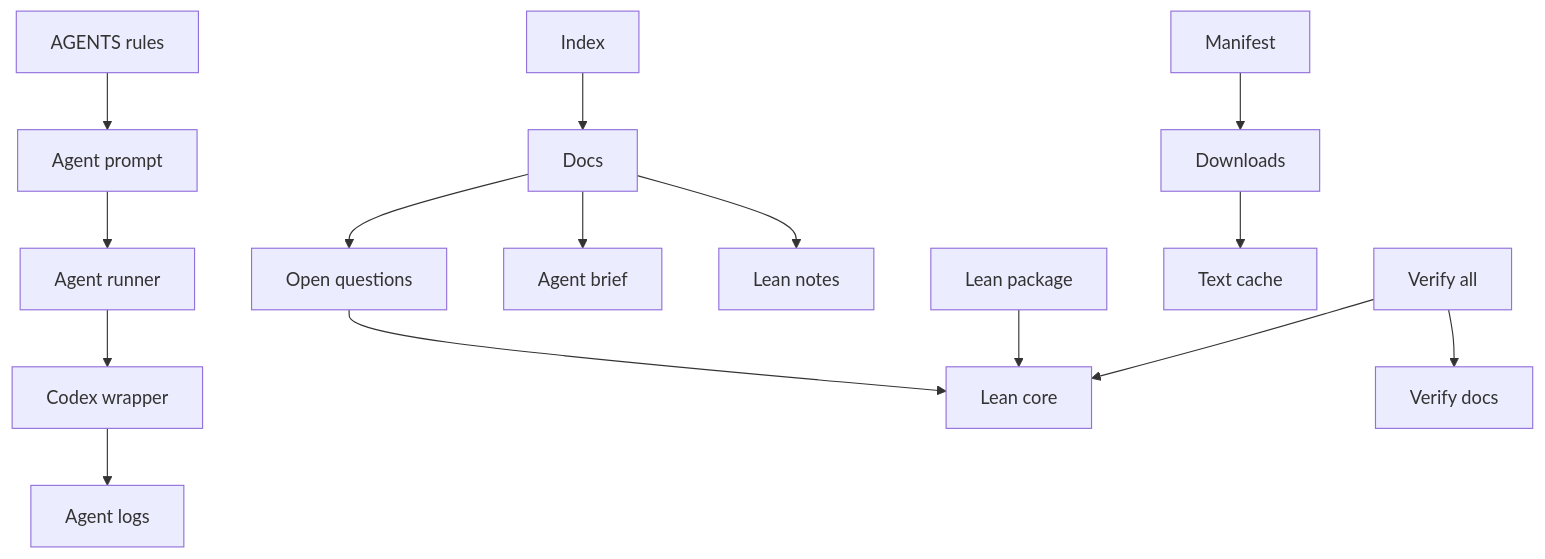
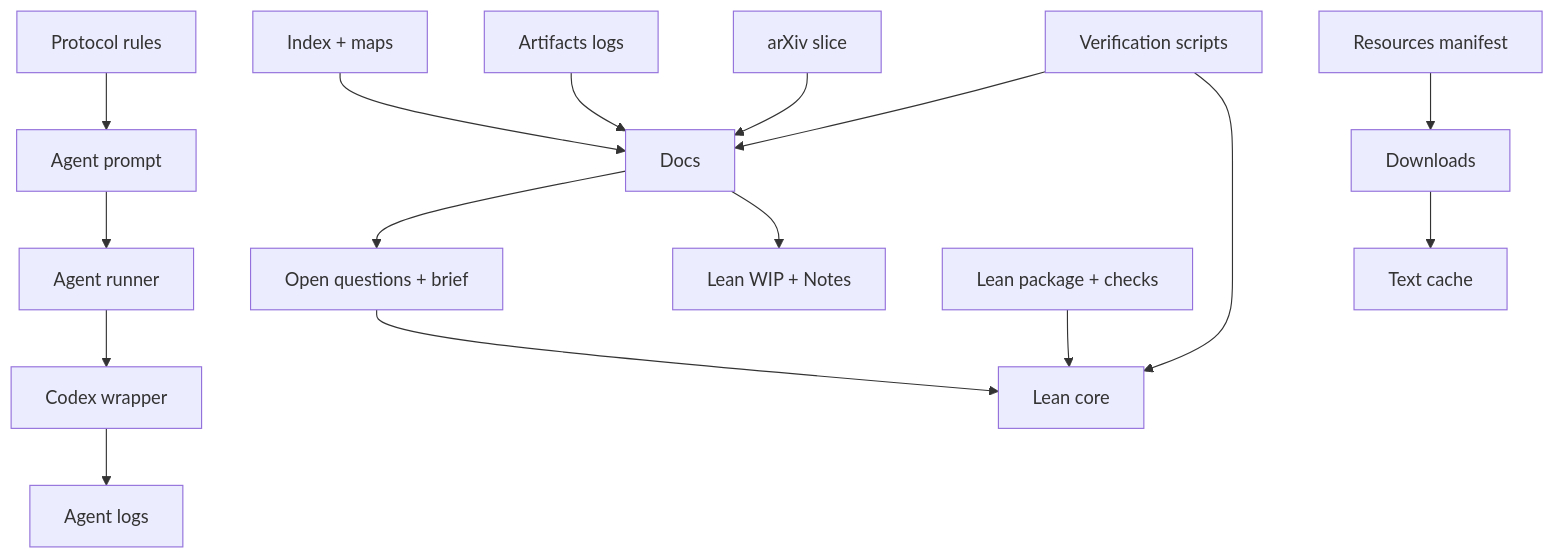
One commit to Xopoko/Experiment-26_P_vs_NP changed the first of 5 diagrams in ARCHITECTURE.md. Above: the diagram before and after it, drawn with Mermaid. The commit also changed other lines of this file, not shown here.

Commit message:
Proof - update architecture documentation for clarity and structure

````diff
--- a/ARCHITECTURE.md
+++ b/ARCHITECTURE.md
@@ -16,35 +16,34 @@
 ```mermaid
 graph TD
-  A[AGENTS rules]
+  A[Protocol rules]
   B[Agent prompt]
   C[Agent runner]
   D[Codex wrapper]
   E[Agent logs]
 
-  F[Index]
+  F[Index + maps]
   G[Docs]
-  H[Open questions]
-  I[Agent brief]
+  H[Open questions + brief]
+  I[Artifacts logs]
 
   J[Lean core]
-  K[Lean notes]
-  L[Lean package]
+  K[Lean WIP + Notes]
+  L[Lean package + checks]
+  M[Verification scripts]
 
-  M[Manifest]
-  N[Downloads]
-  O[Text cache]
-  P[Verify all]
-  Q[Verify docs]
+  N[Resources manifest]
+  O[Downloads]
+  P[Text cache]
+  Q[arXiv slice]
 
   A --> B --> C --> D --> E
-  F --> G
-  G --> H
-  G --> I
+  F --> G --> H
   H --> J
   G --> K
+  I --> G
   L --> J
-  M --> N
-  N --> O
-  P --> Q
-  P --> J
+  M --> G
+  M --> J
+  N --> O --> P
+  Q --> G
 ```
````
